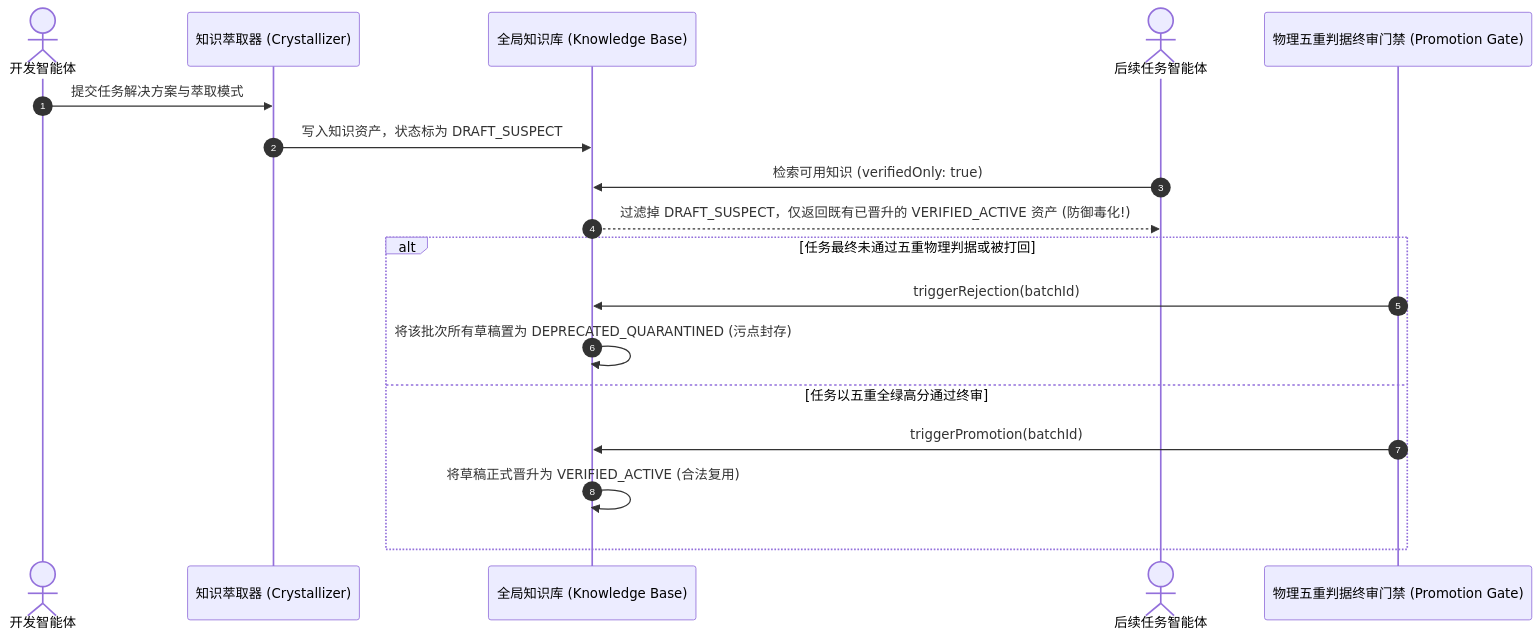
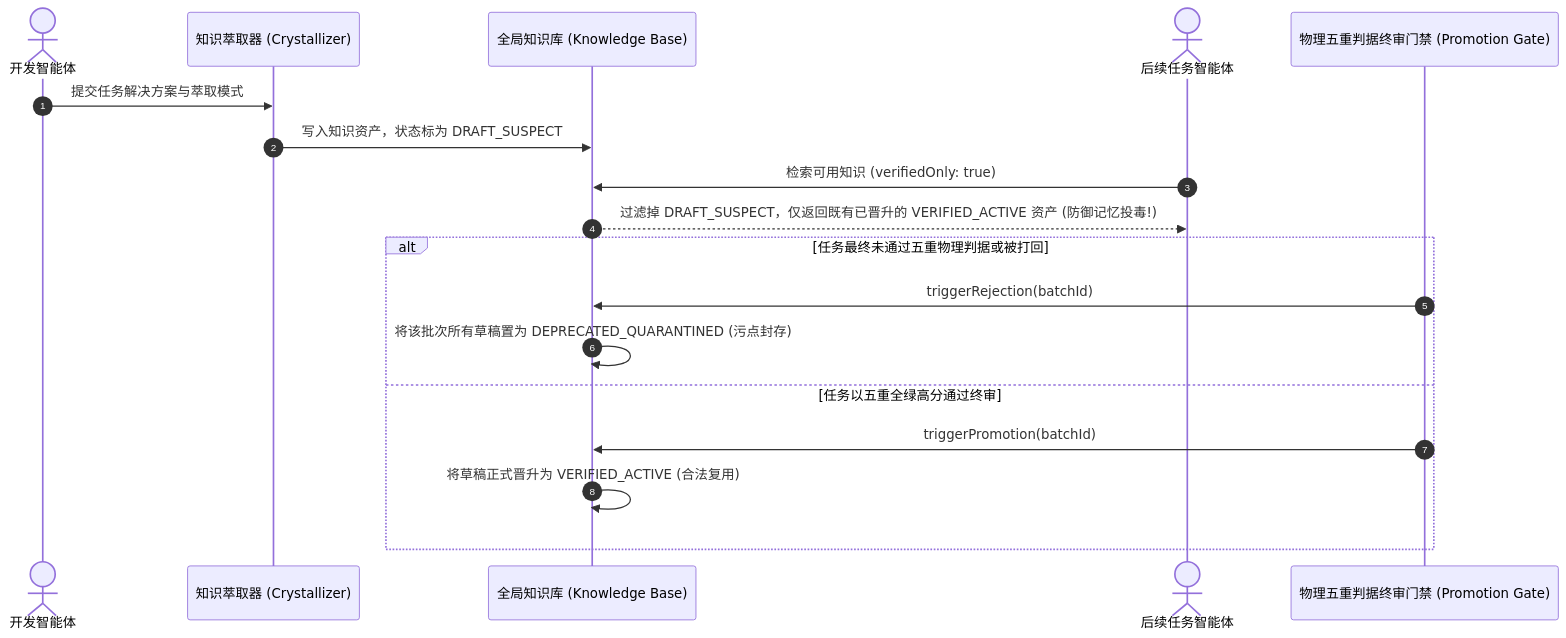
Before and after one commit to dpsnet/industrial-agentic-cybernetics: the second of 2 diagrams in docs/part5-crystallization-immunity/pattern-14-quarantine-promotion-gate.md, drawn with Mermaid. The commit also changed other lines of this file and 10 other files, not shown here.

````diff
--- a/docs/part5-crystallization-immunity/pattern-14-quarantine-promotion-gate.md
+++ b/docs/part5-crystallization-immunity/pattern-14-quarantine-promotion-gate.md
@@ -63,23 +63,23 @@
 ```mermaid
 sequenceDiagram
     autonumber
     actor Dev as 开发智能体
     participant Crystal as 知识萃取器 (Crystallizer)
     participant KB as 全局知识库 (Knowledge Base)
     actor OtherDev as 后续任务智能体
     participant Gate as 物理五重判据终审门禁 (Promotion Gate)
 
     Dev->>Crystal: 提交任务解决方案与萃取模式
     Crystal->>KB: 写入知识资产，状态标为 DRAFT_SUSPECT
     
     OtherDev->>KB: 检索可用知识 (verifiedOnly: true)
-    KB-->>OtherDev: 过滤掉 DRAFT_SUSPECT，仅返回既有已晋升的 VERIFIED_ACTIVE 资产 (防御毒化!)
+    KB-->>OtherDev: 过滤掉 DRAFT_SUSPECT，仅返回既有已晋升的 VERIFIED_ACTIVE 资产 (防御记忆投毒!)
 
     alt 任务最终未通过五重物理判据或被打回
         Gate->>KB: triggerRejection(batchId)
         KB->>KB: 将该批次所有草稿置为 DEPRECATED_QUARANTINED (污点封存)
     else 任务以五重全绿高分通过终审
         Gate->>KB: triggerPromotion(batchId)
         KB->>KB: 将草稿正式晋升为 VERIFIED_ACTIVE (合法复用)
     end
 ```
````
